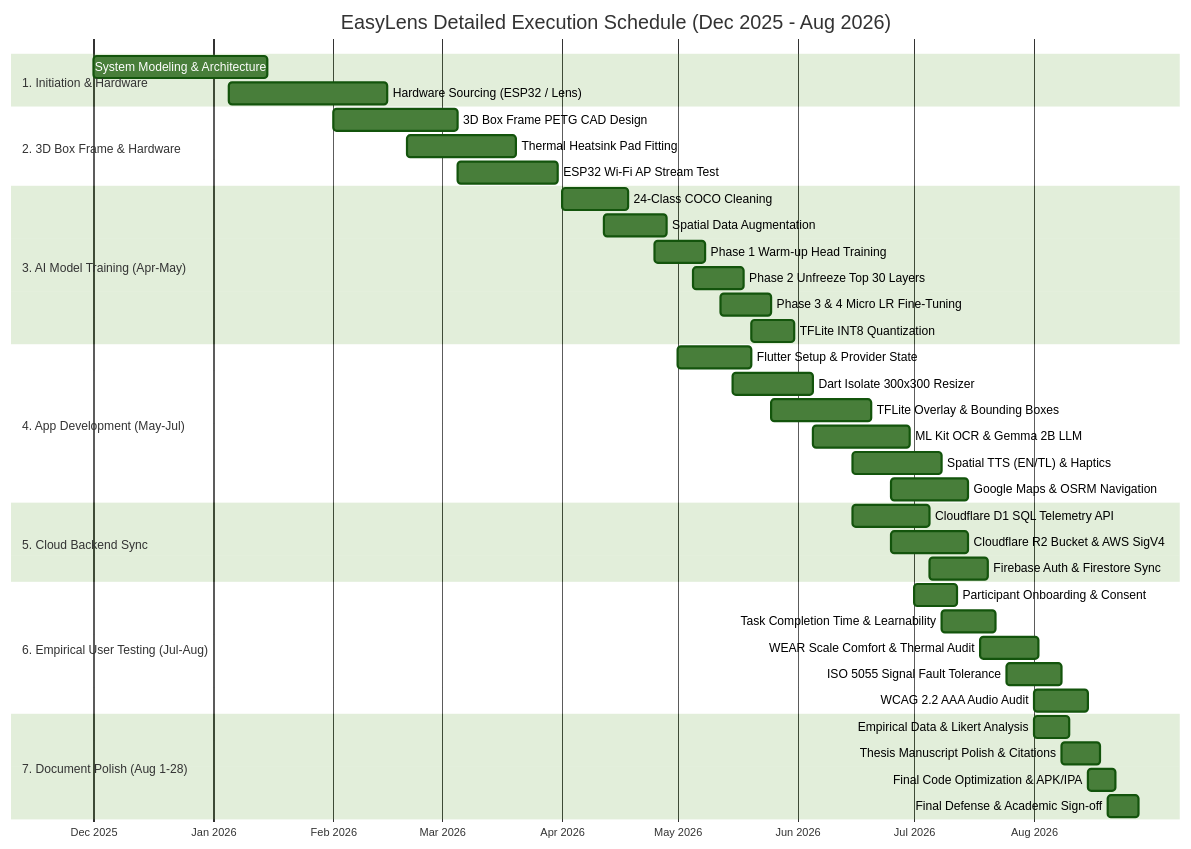
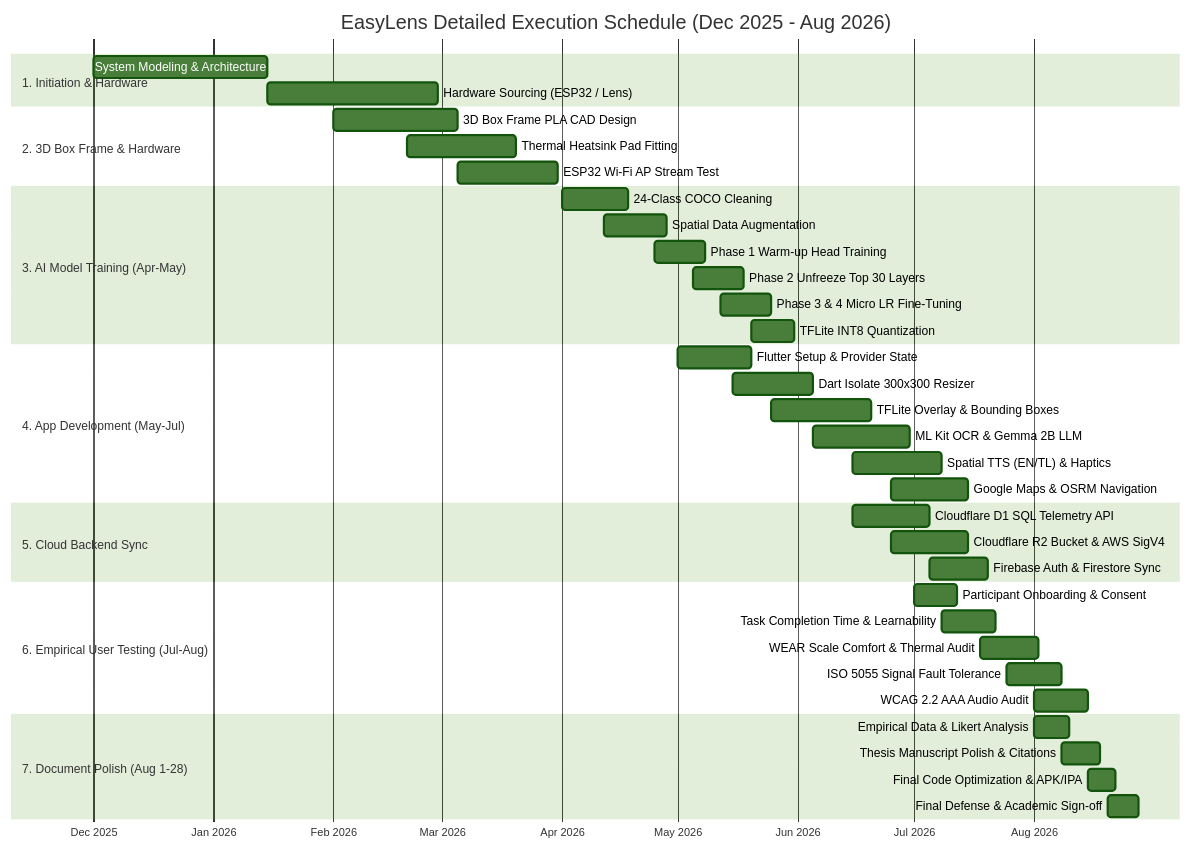
One commit to Thes-IS-IT/Easylens changed the second of 2 diagrams in docs/dfd/gantt_chart.md. Above: the diagram before and after it, drawn with Mermaid (forest theme). The commit also changed other lines of this file and 4 other files, not shown here.

Commit message:
docs: update gantt chart timeline dates and correct 3D print material from PETG to PLA

````diff
--- a/docs/dfd/gantt_chart.md
+++ b/docs/dfd/gantt_chart.md
@@ -54,49 +54,49 @@
 ```mermaid
 gantt
     title EasyLens Detailed Execution Schedule (Dec 2025 - Aug 2026)
     dateFormat  YYYY-MM-DD
     axisFormat  %b %Y
 
     section 1. Initiation & Hardware
     System Modeling & Architecture     :a1, 2025-12-01, 2026-01-15
-    Hardware Sourcing (ESP32 / Lens)   :a2, 2026-01-05, 2026-02-15
+    Hardware Sourcing (ESP32 / Lens)   :a2, 2026-01-15, 2026-02-28
 
     section 2. 3D Box Frame & Hardware
-    3D Box Frame PETG CAD Design       :b1, 2026-02-01, 2026-03-05
+    3D Box Frame PLA CAD Design        :b1, 2026-02-01, 2026-03-05
     Thermal Heatsink Pad Fitting       :b2, 2026-02-20, 2026-03-20
     ESP32 Wi-Fi AP Stream Test         :b3, 2026-03-05, 2026-03-31
 
     section 3. AI Model Training (Apr-May)
     24-Class COCO Cleaning             :c1, 2026-04-01, 2026-04-18
     Spatial Data Augmentation          :c2, 2026-04-12, 2026-04-28
     Phase 1 Warm-up Head Training      :c3, 2026-04-25, 2026-05-08
     Phase 2 Unfreeze Top 30 Layers     :c4, 2026-05-05, 2026-05-18
     Phase 3 & 4 Micro LR Fine-Tuning   :c5, 2026-05-12, 2026-05-25
     TFLite INT8 Quantization           :c6, 2026-05-20, 2026-05-31
 
     section 4. App Development (May-Jul)
     Flutter Setup & Provider State     :d1, 2026-05-01, 2026-05-20
     Dart Isolate 300x300 Resizer       :d2, 2026-05-15, 2026-06-05
     TFLite Overlay & Bounding Boxes    :d3, 2026-05-25, 2026-06-20
     ML Kit OCR & Gemma 2B LLM          :d4, 2026-06-05, 2026-06-30
     Spatial TTS (EN/TL) & Haptics      :d5, 2026-06-15, 2026-07-08
     Google Maps & OSRM Navigation      :d6, 2026-06-25, 2026-07-15
 
     section 5. Cloud Backend Sync
     Cloudflare D1 SQL Telemetry API    :e1, 2026-06-15, 2026-07-05
     Cloudflare R2 Bucket & AWS SigV4   :e2, 2026-06-25, 2026-07-15
     Firebase Auth & Firestore Sync     :e3, 2026-07-05, 2026-07-20
 
     section 6. Empirical User Testing (Jul-Aug)
     Participant Onboarding & Consent   :f1, 2026-07-01, 2026-07-12
     Task Completion Time & Learnability:f2, 2026-07-08, 2026-07-22
     WEAR Scale Comfort & Thermal Audit :f3, 2026-07-18, 2026-08-02
     ISO 5055 Signal Fault Tolerance    :f4, 2026-07-25, 2026-08-08
     WCAG 2.2 AAA Audio Audit           :f5, 2026-08-01, 2026-08-15
 
     section 7. Document Polish (Aug 1-28)
     Empirical Data & Likert Analysis   :g1, 2026-08-01, 2026-08-10
     Thesis Manuscript Polish & Citations:g2, 2026-08-08, 2026-08-18
     Final Code Optimization & APK/IPA  :g3, 2026-08-15, 2026-08-22
     Final Defense & Academic Sign-off   :g4, 2026-08-20, 2026-08-28
 ```
````
